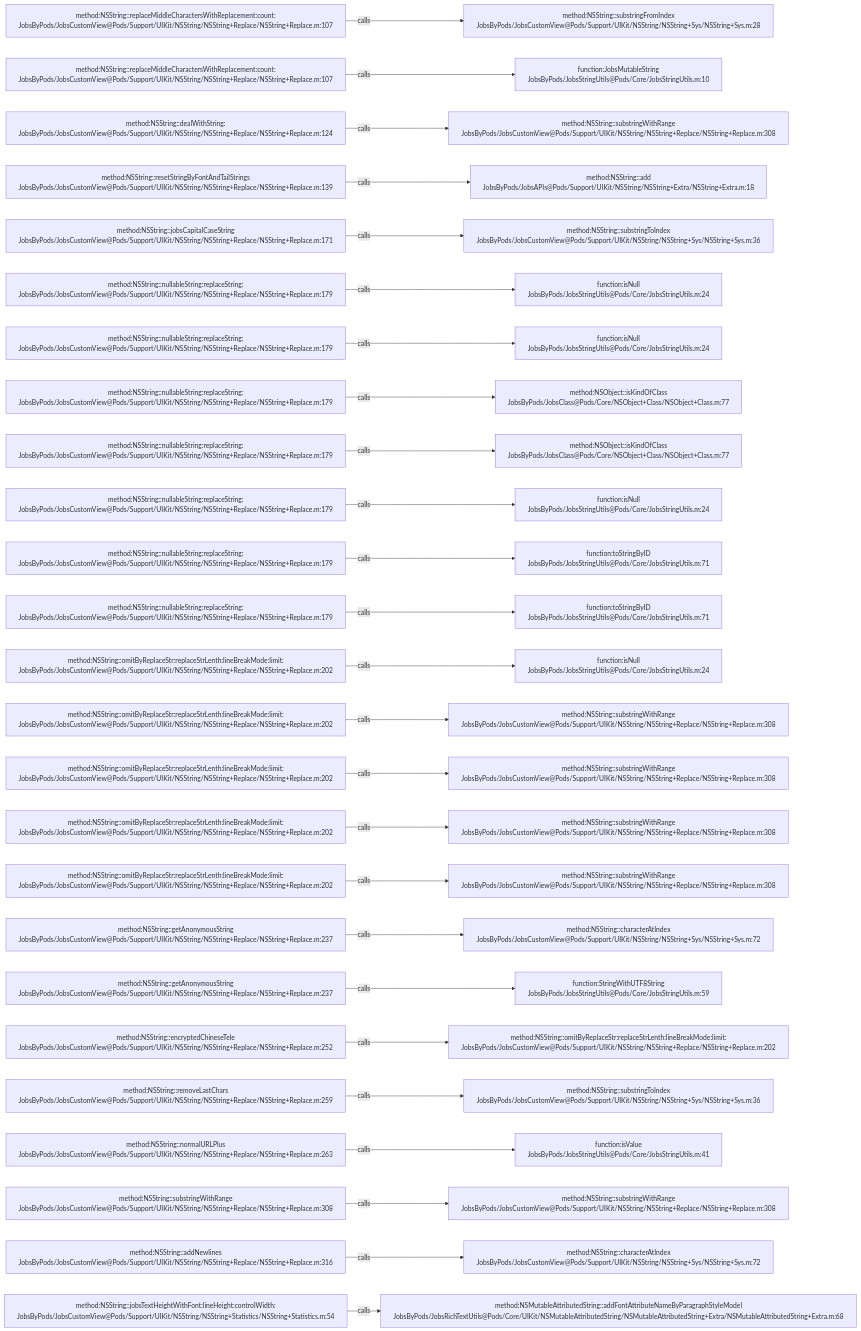
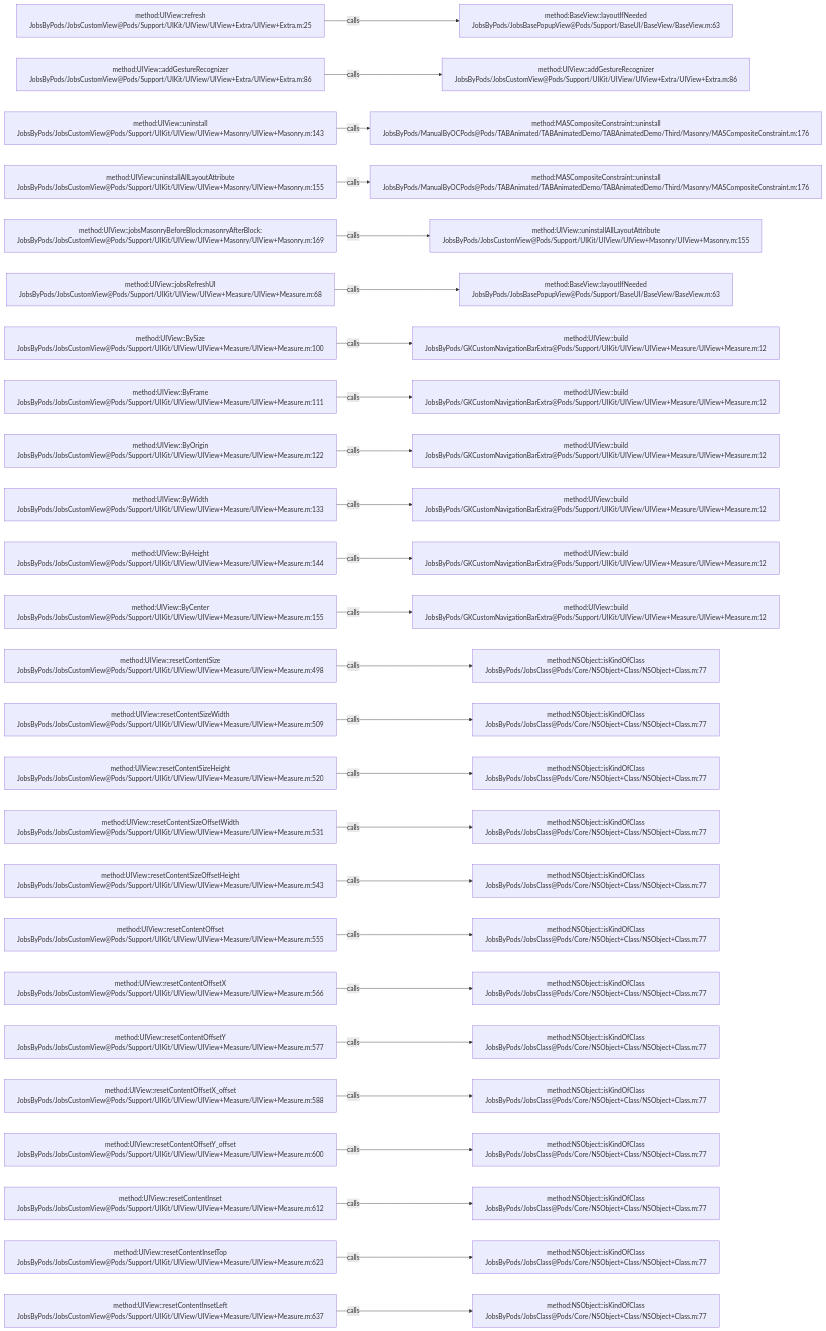
The diagram in .codegraph/codegraph.md/graphs/calls-086.md (JobsKits/JobsOCBaseConfigDemo), drawn with Mermaid before and after one commit. The commit also changed 639 other files, not shown here.

````diff
--- a/.codegraph/codegraph.md/graphs/calls-086.md
+++ b/.codegraph/codegraph.md/graphs/calls-086.md
@@ -13,78 +13,78 @@
 ```mermaid
 flowchart LR
-  S1["method:NSString::replaceMiddleCharactersWithReplacement:count:<br/>JobsByPods/JobsCustomView@Pods/Support/UIKit/NSString/NSString+Replace/NSString+Replace.m:107"]
-  T1["method:NSString::substringFromIndex<br/>JobsByPods/JobsCustomView@Pods/Support/UIKit/NSString/NSString+Sys/NSString+Sys.m:28"]
+  S1["method:UIView::refresh<br/>JobsByPods/JobsCustomView@Pods/Support/UIKit/UIView/UIView+Extra/UIView+Extra.m:25"]
+  T1["method:BaseView::layoutIfNeeded<br/>JobsByPods/JobsBasePopupView@Pods/Support/BaseUI/BaseView/BaseView.m:63"]
   S1 -->|calls| T1
-  S2["method:NSString::replaceMiddleCharactersWithReplacement:count:<br/>JobsByPods/JobsCustomView@Pods/Support/UIKit/NSString/NSString+Replace/NSString+Replace.m:107"]
-  T2["function:JobsMutableString<br/>JobsByPods/JobsStringUtils@Pods/Core/JobsStringUtils.m:10"]
+  S2["method:UIView::addGestureRecognizer<br/>JobsByPods/JobsCustomView@Pods/Support/UIKit/UIView/UIView+Extra/UIView+Extra.m:86"]
+  T2["method:UIView::addGestureRecognizer<br/>JobsByPods/JobsCustomView@Pods/Support/UIKit/UIView/UIView+Extra/UIView+Extra.m:86"]
   S2 -->|calls| T2
-  S3["method:NSString::dealWithString:<br/>JobsByPods/JobsCustomView@Pods/Support/UIKit/NSString/NSString+Replace/NSString+Replace.m:124"]
-  T3["method:NSString::substringWithRange<br/>JobsByPods/JobsCustomView@Pods/Support/UIKit/NSString/NSString+Replace/NSString+Replace.m:308"]
+  S3["method:UIView::uninstall<br/>JobsByPods/JobsCustomView@Pods/Support/UIKit/UIView/UIView+Masonry/UIView+Masonry.m:143"]
+  T3["method:MASCompositeConstraint::uninstall<br/>JobsByPods/ManualByOCPods@Pods/TABAnimated/TABAnimatedDemo/TABAnimatedDemo/Third/Masonry/MASCompositeConstraint.m:176"]
   S3 -->|calls| T3
-  S4["method:NSString::resetStringByFontAndTailStrings<br/>JobsByPods/JobsCustomView@Pods/Support/UIKit/NSString/NSString+Replace/NSString+Replace.m:139"]
-  T4["method:NSString::add<br/>JobsByPods/JobsAPIs@Pods/Support/UIKit/NSString/NSString+Extra/NSString+Extra.m:18"]
+  S4["method:UIView::uninstallAllLayoutAttribute<br/>JobsByPods/JobsCustomView@Pods/Support/UIKit/UIView/UIView+Masonry/UIView+Masonry.m:155"]
+  T4["method:MASCompositeConstraint::uninstall<br/>JobsByPods/ManualByOCPods@Pods/TABAnimated/TABAnimatedDemo/TABAnimatedDemo/Third/Masonry/MASCompositeConstraint.m:176"]
   S4 -->|calls| T4
-  S5["method:NSString::jobsCapitalCaseString<br/>JobsByPods/JobsCustomView@Pods/Support/UIKit/NSString/NSString+Replace/NSString+Replace.m:171"]
-  T5["method:NSString::substringToIndex<br/>JobsByPods/JobsCustomView@Pods/Support/UIKit/NSString/NSString+Sys/NSString+Sys.m:36"]
+  S5["method:UIView::jobsMasonryBeforeBlock:masonryAfterBlock:<br/>JobsByPods/JobsCustomView@Pods/Support/UIKit/UIView/UIView+Masonry/UIView+Masonry.m:169"]
+  T5["method:UIView::uninstallAllLayoutAttribute<br/>JobsByPods/JobsCustomView@Pods/Support/UIKit/UIView/UIView+Masonry/UIView+Masonry.m:155"]
   S5 -->|calls| T5
-  S6["method:NSString::nullableString:replaceString:<br/>JobsByPods/JobsCustomView@Pods/Support/UIKit/NSString/NSString+Replace/NSString+Replace.m:179"]
-  T6["function:isNull<br/>JobsByPods/JobsStringUtils@Pods/Core/JobsStringUtils.m:24"]
+  S6["method:UIView::jobsRefreshUI<br/>JobsByPods/JobsCustomView@Pods/Support/UIKit/UIView/UIView+Measure/UIView+Measure.m:68"]
+  T6["method:BaseView::layoutIfNeeded<br/>JobsByPods/JobsBasePopupView@Pods/Support/BaseUI/BaseView/BaseView.m:63"]
   S6 -->|calls| T6
-  S7["method:NSString::nullableString:replaceString:<br/>JobsByPods/JobsCustomView@Pods/Support/UIKit/NSString/NSString+Replace/NSString+Replace.m:179"]
-  T7["function:isNull<br/>JobsByPods/JobsStringUtils@Pods/Core/JobsStringUtils.m:24"]
+  S7["method:UIView::BySize<br/>JobsByPods/JobsCustomView@Pods/Support/UIKit/UIView/UIView+Measure/UIView+Measure.m:100"]
+  T7["method:UIView::build<br/>JobsByPods/GKCustomNavigationBarExtra@Pods/Support/UIKit/UIView/UIView+Measure/UIView+Measure.m:12"]
   S7 -->|calls| T7
-  S8["method:NSString::nullableString:replaceString:<br/>JobsByPods/JobsCustomView@Pods/Support/UIKit/NSString/NSString+Replace/NSString+Replace.m:179"]
-  T8["method:NSObject::isKindOfClass<br/>JobsByPods/JobsClass@Pods/Core/NSObject+Class/NSObject+Class.m:77"]
+  S8["method:UIView::ByFrame<br/>JobsByPods/JobsCustomView@Pods/Support/UIKit/UIView/UIView+Measure/UIView+Measure.m:111"]
+  T8["method:UIView::build<br/>JobsByPods/GKCustomNavigationBarExtra@Pods/Support/UIKit/UIView/UIView+Measure/UIView+Measure.m:12"]
   S8 -->|calls| T8
-  S9["method:NSString::nullableString:replaceString:<br/>JobsByPods/JobsCustomView@Pods/Support/UIKit/NSString/NSString+Replace/NSString+Replace.m:179"]
-  T9["method:NSObject::isKindOfClass<br/>JobsByPods/JobsClass@Pods/Core/NSObject+Class/NSObject+Class.m:77"]
+  S9["method:UIView::ByOrigin<br/>JobsByPods/JobsCustomView@Pods/Support/UIKit/UIView/UIView+Measure/UIView+Measure.m:122"]
+  T9["method:UIView::build<br/>JobsByPods/GKCustomNavigationBarExtra@Pods/Support/UIKit/UIView/UIView+Measure/UIView+Measure.m:12"]
   S9 -->|calls| T9
-  S10["method:NSString::nullableString:replaceString:<br/>JobsByPods/JobsCustomView@Pods/Support/UIKit/NSString/NSString+Replace/NSString+Replace.m:179"]
-  T10["function:isNull<br/>JobsByPods/JobsStringUtils@Pods/Core/JobsStringUtils.m:24"]
+  S10["method:UIView::ByWidth<br/>JobsByPods/JobsCustomView@Pods/Support/UIKit/UIView/UIView+Measure/UIView+Measure.m:133"]
+  T10["method:UIView::build<br/>JobsByPods/GKCustomNavigationBarExtra@Pods/Support/UIKit/UIView/UIView+Measure/UIView+Measure.m:12"]
   S10 -->|calls| T10
-  S11["method:NSString::nullableString:replaceString:<br/>JobsByPods/JobsCustomView@Pods/Support/UIKit/NSString/NSString+Replace/NSString+Replace.m:179"]
-  T11["function:toStringByID<br/>JobsByPods/JobsStringUtils@Pods/Core/JobsStringUtils.m:71"]
+  S11["method:UIView::ByHeight<br/>JobsByPods/JobsCustomView@Pods/Support/UIKit/UIView/UIView+Measure/UIView+Measure.m:144"]
+  T11["method:UIView::build<br/>JobsByPods/GKCustomNavigationBarExtra@Pods/Support/UIKit/UIView/UIView+Measure/UIView+Measure.m:12"]
   S11 -->|calls| T11
-  S12["method:NSString::nullableString:replaceString:<br/>JobsByPods/JobsCustomView@Pods/Support/UIKit/NSString/NSString+Replace/NSString+Replace.m:179"]
-  T12["function:toStringByID<br/>JobsByPods/JobsStringUtils@Pods/Core/JobsStringUtils.m:71"]
+  S12["method:UIView::ByCenter<br/>JobsByPods/JobsCustomView@Pods/Support/UIKit/UIView/UIView+Measure/UIView+Measure.m:155"]
+  T12["method:UIView::build<br/>JobsByPods/GKCustomNavigationBarExtra@Pods/Support/UIKit/UIView/UIView+Measure/UIView+Measure.m:12"]
   S12 -->|calls| T12
-  S13["method:NSString::omitByReplaceStr:replaceStrLenth:lineBreakMode:limit:<br/>JobsByPods/JobsCustomView@Pods/Support/UIKit/NSString/NSString+Replace/NSString+Replace.m:202"]
-  T13["function:isNull<br/>JobsByPods/JobsStringUtils@Pods/Core/JobsStringUtils.m:24"]
+  S13["method:UIView::resetContentSize<br/>JobsByPods/JobsCustomView@Pods/Support/UIKit/UIView/UIView+Measure/UIView+Measure.m:498"]
+  T13["method:NSObject::isKindOfClass<br/>JobsByPods/JobsClass@Pods/Core/NSObject+Class/NSObject+Class.m:77"]
   S13 -->|calls| T13
-  S14["method:NSString::omitByReplaceStr:replaceStrLenth:lineBreakMode:limit:<br/>JobsByPods/JobsCustomView@Pods/Support/UIKit/NSString/NSString+Replace/NSString+Replace.m:202"]
-  T14["method:NSString::substringWithRange<br/>JobsByPods/JobsCustomView@Pods/Support/UIKit/NSString/NSString+Replace/NSString+Replace.m:308"]
+  S14["method:UIView::resetContentSizeWidth<br/>JobsByPods/JobsCustomView@Pods/Support/UIKit/UIView/UIView+Measure/UIView+Measure.m:509"]
+  T14["method:NSObject::isKindOfClass<br/>JobsByPods/JobsClass@Pods/Core/NSObject+Class/NSObject+Class.m:77"]
   S14 -->|calls| T14
-  S15["method:NSString::omitByReplaceStr:replaceStrLenth:lineBreakMode:limit:<br/>JobsByPods/JobsCustomView@Pods/Support/UIKit/NSString/NSString+Replace/NSString+Replace.m:202"]
-  T15["method:NSString::substringWithRange<br/>JobsByPods/JobsCustomView@Pods/Support/UIKit/NSString/NSString+Replace/NSString+Replace.m:308"]
+  S15["method:UIView::resetContentSizeHeight<br/>JobsByPods/JobsCustomView@Pods/Support/UIKit/UIView/UIView+Measure/UIView+Measure.m:520"]
+  T15["method:NSObject::isKindOfClass<br/>JobsByPods/JobsClass@Pods/Core/NSObject+Class/NSObject+Class.m:77"]
   S15 -->|calls| T15
-  S16["method:NSString::omitByReplaceStr:replaceStrLenth:lineBreakMode:limit:<br/>JobsByPods/JobsCustomView@Pods/Support/UIKit/NSString/NSString+Replace/NSString+Replace.m:202"]
-  T16["method:NSString::substringWithRange<br/>JobsByPods/JobsCustomView@Pods/Support/UIKit/NSString/NSString+Replace/NSString+Replace.m:308"]
+  S16["method:UIView::resetContentSizeOffsetWidth<br/>JobsByPods/JobsCustomView@Pods/Support/UIKit/UIView/UIView+Measure/UIView+Measure.m:531"]
+  T16["method:NSObject::isKindOfClass<br/>JobsByPods/JobsClass@Pods/Core/NSObject+Class/NSObject+Class.m:77"]
   S16 -->|calls| T16
-  S17["method:NSString::omitByReplaceStr:replaceStrLenth:lineBreakMode:limit:<br/>JobsByPods/JobsCustomView@Pods/Support/UIKit/NSString/NSString+Replace/NSString+Replace.m:202"]
-  T17["method:NSString::substringWithRange<br/>JobsByPods/JobsCustomView@Pods/Support/UIKit/NSString/NSString+Replace/NSString+Replace.m:308"]
+  S17["method:UIView::resetContentSizeOffsetHeight<br/>JobsByPods/JobsCustomView@Pods/Support/UIKit/UIView/UIView+Measure/UIView+Measure.m:543"]
+  T17["method:NSObject::isKindOfClass<br/>JobsByPods/JobsClass@Pods/Core/NSObject+Class/NSObject+Class.m:77"]
   S17 -->|calls| T17
-  S18["method:NSString::getAnonymousString<br/>JobsByPods/JobsCustomView@Pods/Support/UIKit/NSString/NSString+Replace/NSString+Replace.m:237"]
-  T18["method:NSString::characterAtIndex<br/>JobsByPods/JobsCustomView@Pods/Support/UIKit/NSString/NSString+Sys/NSString+Sys.m:72"]
+  S18["method:UIView::resetContentOffset<br/>JobsByPods/JobsCustomView@Pods/Support/UIKit/UIView/UIView+Measure/UIView+Measure.m:555"]
+  T18["method:NSObject::isKindOfClass<br/>JobsByPods/JobsClass@Pods/Core/NSObject+Class/NSObject+Class.m:77"]
   S18 -->|calls| T18
-  S19["method:NSString::getAnonymousString<br/>JobsByPods/JobsCustomView@Pods/Support/UIKit/NSString/NSString+Replace/NSString+Replace.m:237"]
-  T19["function:StringWithUTF8String<br/>JobsByPods/JobsStringUtils@Pods/Core/JobsStringUtils.m:59"]
+  S19["method:UIView::resetContentOffsetX<br/>JobsByPods/JobsCustomView@Pods/Support/UIKit/UIView/UIView+Measure/UIView+Measure.m:566"]
+  T19["method:NSObject::isKindOfClass<br/>JobsByPods/JobsClass@Pods/Core/NSObject+Class/NSObject+Class.m:77"]
   S19 -->|calls| T19
-  S20["method:NSString::encryptedChineseTele<br/>JobsByPods/JobsCustomView@Pods/Support/UIKit/NSString/NSString+Replace/NSString+Replace.m:252"]
-  T20["method:NSString::omitByReplaceStr:replaceStrLenth:lineBreakMode:limit:<br/>JobsByPods/JobsCustomView@Pods/Support/UIKit/NSString/NSString+Replace/NSString+Replace.m:202"]
+  S20["method:UIView::resetContentOffsetY<br/>JobsByPods/JobsCustomView@Pods/Support/UIKit/UIView/UIView+Measure/UIView+Measure.m:577"]
+  T20["method:NSObject::isKindOfClass<br/>JobsByPods/JobsClass@Pods/Core/NSObject+Class/NSObject+Class.m:77"]
   S20 -->|calls| T20
-  S21["method:NSString::removeLastChars<br/>JobsByPods/JobsCustomView@Pods/Support/UIKit/NSString/NSString+Replace/NSString+Replace.m:259"]
-  T21["method:NSString::substringToIndex<br/>JobsByPods/JobsCustomView@Pods/Support/UIKit/NSString/NSString+Sys/NSString+Sys.m:36"]
+  S21["method:UIView::resetContentOffsetX_offset<br/>JobsByPods/JobsCustomView@Pods/Support/UIKit/UIView/UIView+Measure/UIView+Measure.m:588"]
+  T21["method:NSObject::isKindOfClass<br/>JobsByPods/JobsClass@Pods/Core/NSObject+Class/NSObject+Class.m:77"]
   S21 -->|calls| T21
-  S22["method:NSString::normalURLPlus<br/>JobsByPods/JobsCustomView@Pods/Support/UIKit/NSString/NSString+Replace/NSString+Replace.m:263"]
-  T22["function:isValue<br/>JobsByPods/JobsStringUtils@Pods/Core/JobsStringUtils.m:41"]
+  S22["method:UIView::resetContentOffsetY_offset<br/>JobsByPods/JobsCustomView@Pods/Support/UIKit/UIView/UIView+Measure/UIView+Measure.m:600"]
+  T22["method:NSObject::isKindOfClass<br/>JobsByPods/JobsClass@Pods/Core/NSObject+Class/NSObject+Class.m:77"]
   S22 -->|calls| T22
-  S23["method:NSString::substringWithRange<br/>JobsByPods/JobsCustomView@Pods/Support/UIKit/NSString/NSString+Replace/NSString+Replace.m:308"]
-  T23["method:NSString::substringWithRange<br/>JobsByPods/JobsCustomView@Pods/Support/UIKit/NSString/NSString+Replace/NSString+Replace.m:308"]
+  S23["method:UIView::resetContentInset<br/>JobsByPods/JobsCustomView@Pods/Support/UIKit/UIView/UIView+Measure/UIView+Measure.m:612"]
+  T23["method:NSObject::isKindOfClass<br/>JobsByPods/JobsClass@Pods/Core/NSObject+Class/NSObject+Class.m:77"]
   S23 -->|calls| T23
-  S24["method:NSString::addNewlines<br/>JobsByPods/JobsCustomView@Pods/Support/UIKit/NSString/NSString+Replace/NSString+Replace.m:316"]
-  T24["method:NSString::characterAtIndex<br/>JobsByPods/JobsCustomView@Pods/Support/UIKit/NSString/NSString+Sys/NSString+Sys.m:72"]
+  S24["method:UIView::resetContentInsetTop<br/>JobsByPods/JobsCustomView@Pods/Support/UIKit/UIView/UIView+Measure/UIView+Measure.m:623"]
+  T24["method:NSObject::isKindOfClass<br/>JobsByPods/JobsClass@Pods/Core/NSObject+Class/NSObject+Class.m:77"]
   S24 -->|calls| T24
-  S25["method:NSString::jobsTextHeightWithFont:lineHeight:controlWidth:<br/>JobsByPods/JobsCustomView@Pods/Support/UIKit/NSString/NSString+Statistics/NSString+Statistics.m:54"]
-  T25["method:NSMutableAttributedString::addFontAttributeNameByParagraphStyleModel<br/>JobsByPods/JobsRichTextUtils@Pods/Core/UIKit/NSMutableAttributedString/NSMutableAttributedString+Extra/NSMutableAttributedString+Extra.m:68"]
+  S25["method:UIView::resetContentInsetLeft<br/>JobsByPods/JobsCustomView@Pods/Support/UIKit/UIView/UIView+Measure/UIView+Measure.m:637"]
+  T25["method:NSObject::isKindOfClass<br/>JobsByPods/JobsClass@Pods/Core/NSObject+Class/NSObject+Class.m:77"]
   S25 -->|calls| T25
 ```
````
